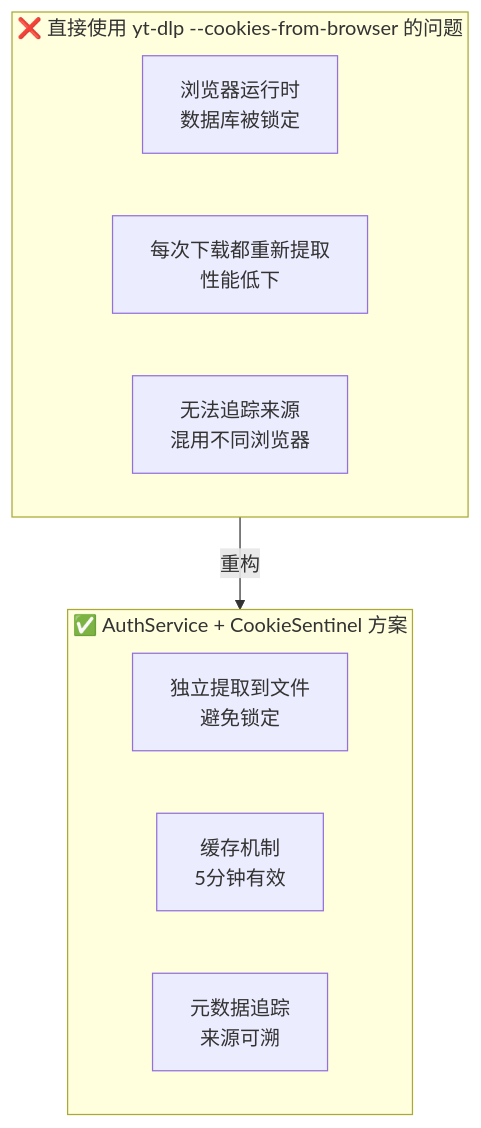
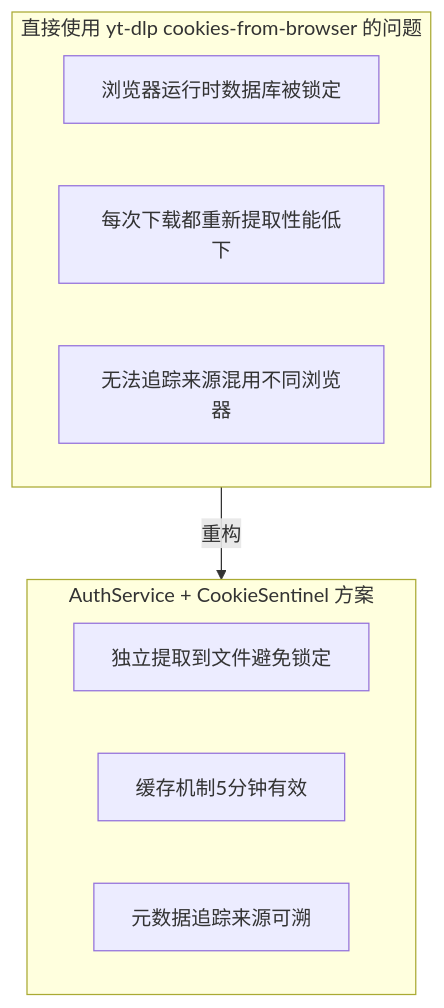
Before and after one commit to prideicker/FluentYTDL: diagram 14 of 24 in docs/ARCHITECTURE.md, drawn with Mermaid. The commit also changed 1 other file, not shown here.

Commit message:
fix: 修复 Mermaid 图表 GitHub 渲染错误

````diff
--- a/docs/ARCHITECTURE.md
+++ b/docs/ARCHITECTURE.md
@@ -739,16 +739,16 @@
 ```mermaid
 flowchart TB
-    subgraph Problem["❌ 直接使用 yt-dlp --cookies-from-browser 的问题"]
-        P1[浏览器运行时<br/>数据库被锁定]
-        P2[每次下载都重新提取<br/>性能低下]
-        P3[无法追踪来源<br/>混用不同浏览器]
+    subgraph Problem["直接使用 yt-dlp cookies-from-browser 的问题"]
+        P1["浏览器运行时数据库被锁定"]
+        P2["每次下载都重新提取性能低下"]
+        P3["无法追踪来源混用不同浏览器"]
     end
     
-    subgraph Solution["✅ AuthService + CookieSentinel 方案"]
-        S1[独立提取到文件<br/>避免锁定]
-        S2[缓存机制<br/>5分钟有效]
-        S3[元数据追踪<br/>来源可溯]
+    subgraph Solution["AuthService + CookieSentinel 方案"]
+        S1["独立提取到文件避免锁定"]
+        S2["缓存机制5分钟有效"]
+        S3["元数据追踪来源可溯"]
     end
     
     Problem -->|重构| Solution
 ```
````
